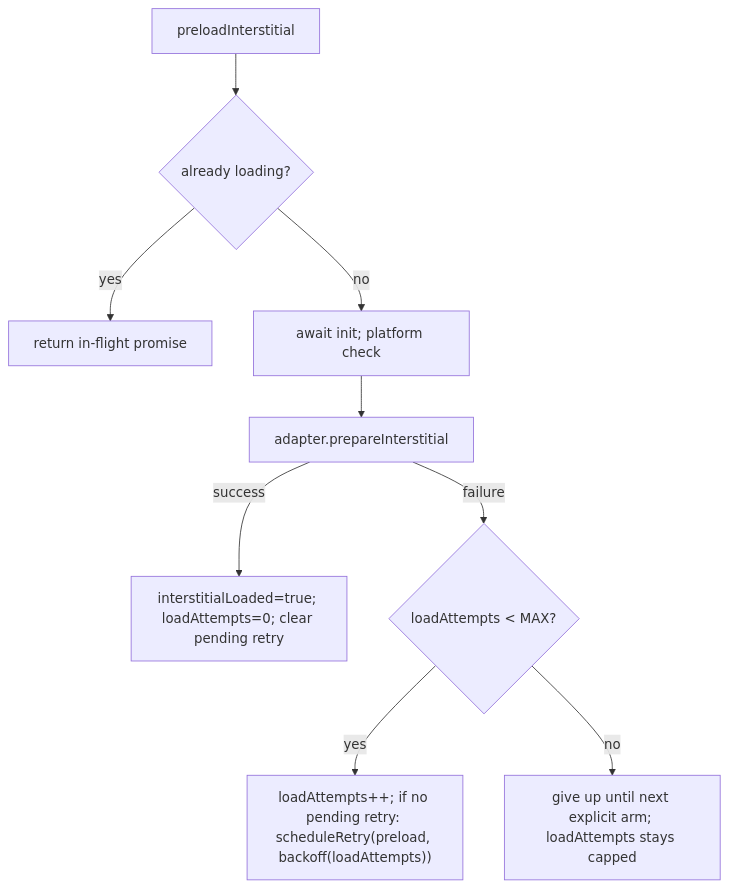
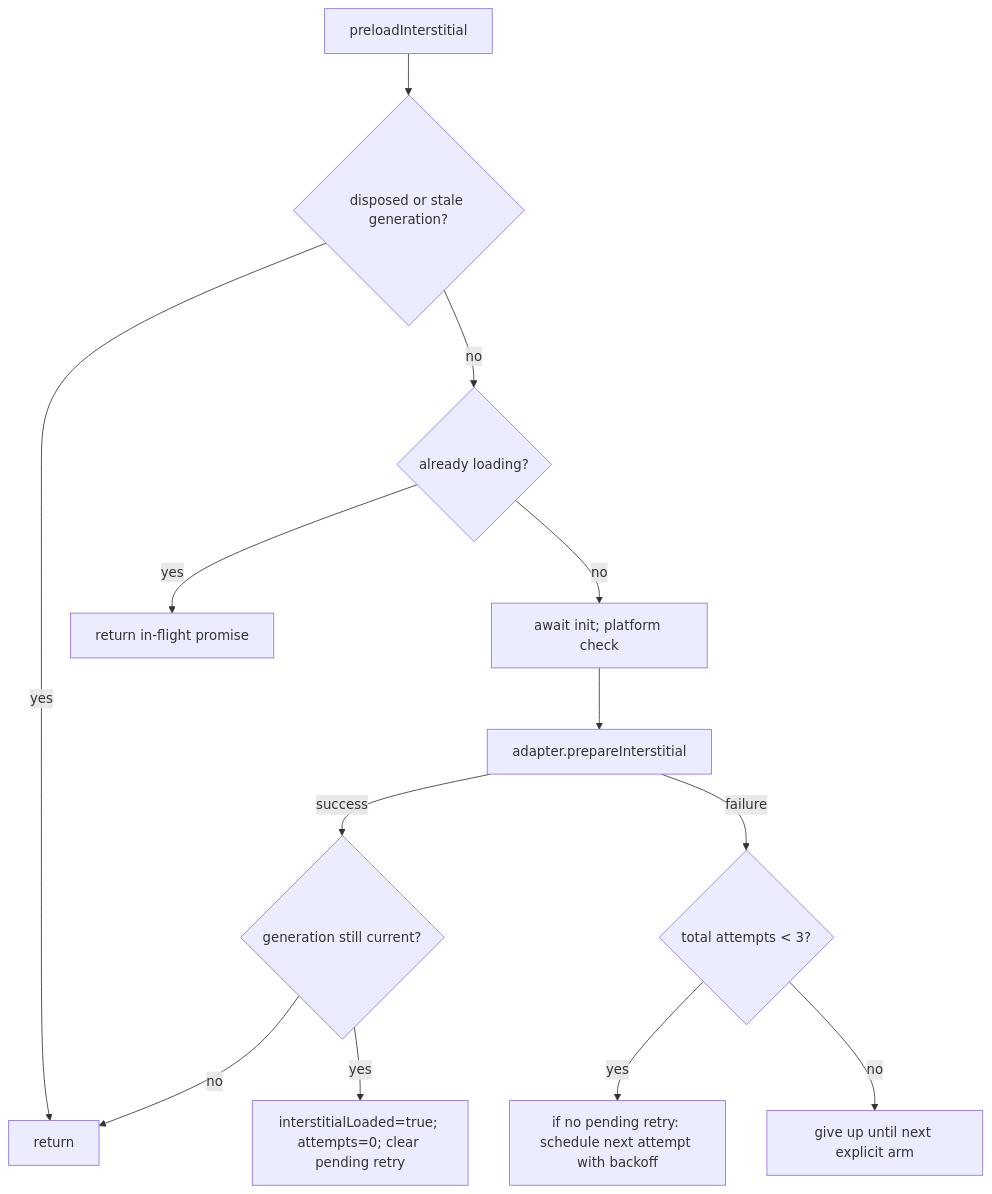
The second of 2 diagrams in docs/plans/2026-07-10-001-fix-admob-interstitial-ready-only-rearm-plan.md (batu/fabrikav2), drawn with Mermaid before and after one commit. The commit also changed other lines of this file, not shown here.

````diff
--- a/docs/plans/2026-07-10-001-fix-admob-interstitial-ready-only-rearm-plan.md
+++ b/docs/plans/2026-07-10-001-fix-admob-interstitial-ready-only-rearm-plan.md
@@ -183,11 +190,15 @@
 ```mermaid
 flowchart TD
-  P[preloadInterstitial] --> Q{already loading?}
+  P[preloadInterstitial] --> D0{disposed or stale generation?}
+  D0 -- yes --> D1[return]
+  D0 -- no --> Q{already loading?}
   Q -- yes --> Q1[return in-flight promise]
   Q -- no --> R1[await init; platform check]
   R1 --> R2[adapter.prepareInterstitial]
-  R2 -- success --> S1["interstitialLoaded=true; loadAttempts=0; clear pending retry"]
-  R2 -- failure --> T1{loadAttempts < MAX?}
-  T1 -- yes --> T2["loadAttempts++; if no pending retry: scheduleRetry(preload, backoff(loadAttempts))"]
-  T1 -- no --> T3[give up until next explicit arm; loadAttempts stays capped]
+  R2 -- success --> S0{generation still current?}
+  S0 -- no --> D1
+  S0 -- yes --> S1["interstitialLoaded=true; attempts=0; clear pending retry"]
+  R2 -- failure --> T1{total attempts < 3?}
+  T1 -- yes --> T2["if no pending retry: schedule next attempt with backoff"]
+  T1 -- no --> T3[give up until next explicit arm]
 ```
````
